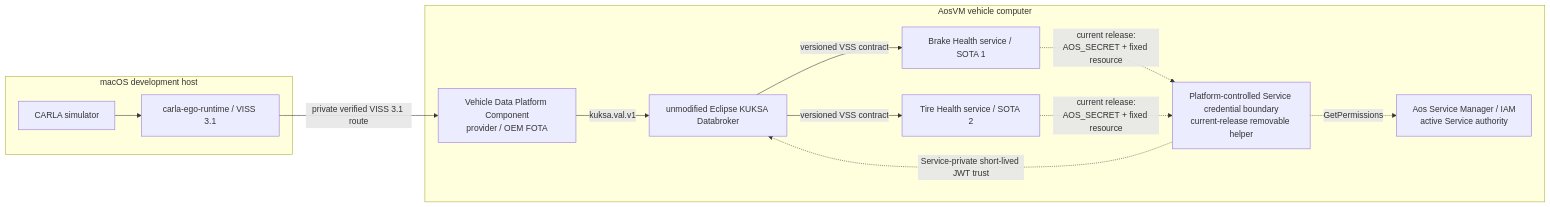
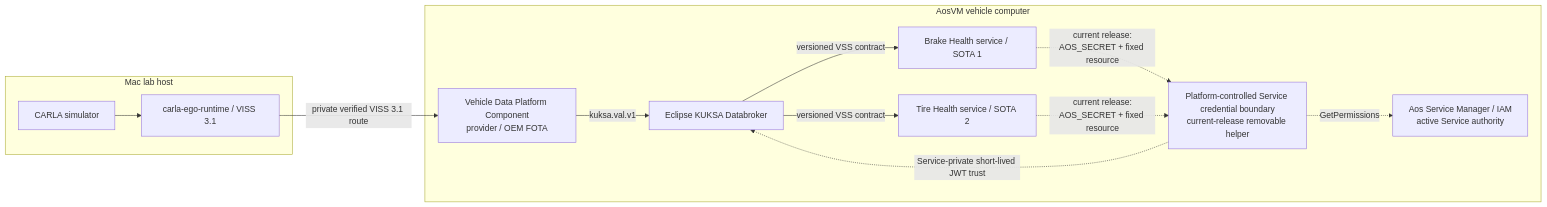
One commit to alexmaninblack/aosedge-sdv-demo changed the diagram in docs/architecture/repository-boundaries.md. Above: the diagram before and after it, drawn with Mermaid. The commit also changed other lines of this file and 301 other files, not shown here.

````diff
--- a/docs/architecture/repository-boundaries.md
+++ b/docs/architecture/repository-boundaries.md
@@ -16,26 +19,26 @@
 ```mermaid
 flowchart LR
-    subgraph macOS["macOS development host"]
+    subgraph macOS["Mac lab host"]
         CARLA["CARLA simulator"]
         VISS["carla-ego-runtime / VISS 3.1"]
         CARLA --> VISS
     end
 
     subgraph AosVM["AosVM vehicle computer"]
         IAM["Aos Service Manager / IAM<br/>active Service authority"]
         PROVIDER["Vehicle Data Platform Component<br/>provider / OEM FOTA"]
         HELPER["Platform-controlled Service credential boundary<br/>current-release removable helper"]
-        KUKSA["unmodified Eclipse KUKSA Databroker"]
+        KUKSA["Eclipse KUKSA Databroker"]
         SERVICE1["Brake Health service / SOTA 1"]
         SERVICE2["Tire Health service / SOTA 2"]
         PROVIDER -->|"kuksa.val.v1"| KUKSA
         KUKSA -->|"versioned VSS contract"| SERVICE1
         KUKSA -->|"versioned VSS contract"| SERVICE2
         SERVICE1 -. "current release:<br/>AOS_SECRET + fixed resource" .-> HELPER
         SERVICE2 -. "current release:<br/>AOS_SECRET + fixed resource" .-> HELPER
         HELPER -. "GetPermissions" .-> IAM
         HELPER -. "Service-private short-lived JWT trust" .-> KUKSA
     end
 
     VISS -->|"private verified VISS 3.1 route"| PROVIDER
 ```
````
